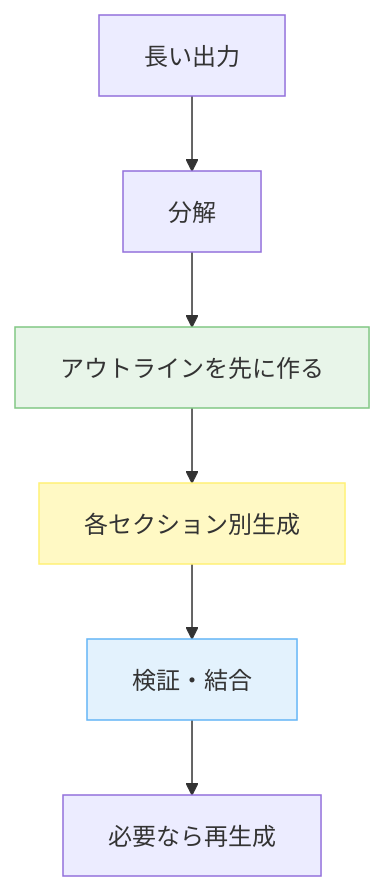
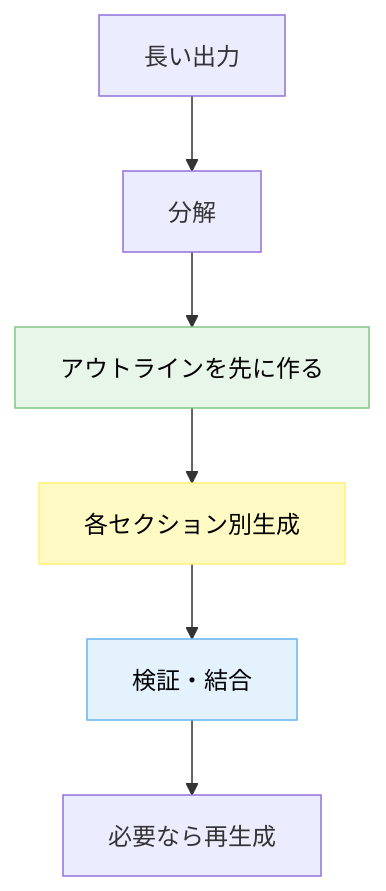
One commit to dinekt/dinekt-wiki changed the third of 3 diagrams in docs/patterns/長い出力を生成させるときの-5-つの失敗.md. Above: the diagram before and after it, drawn with Mermaid. The commit also changed other lines of this file and 71 other files, not shown here.

First line of the commit message:
fix: mermaid readability + remove GitHub repo toolbar

````diff
--- a/docs/patterns/長い出力を生成させるときの-5-つの失敗.md
+++ b/docs/patterns/長い出力を生成させるときの-5-つの失敗.md
@@ -102,12 +102,12 @@
 ```mermaid
 flowchart TD
     L[長い出力] --> D[分解]
     D --> O[アウトラインを先に作る]
     O --> S[各セクション別生成]
     S --> C[検証・結合]
     C --> R[必要なら再生成]
 
-    style O fill:#e8f5e9,stroke:#81c784
-    style S fill:#fff9c4,stroke:#fff176
-    style C fill:#e3f2fd,stroke:#64b5f6
+    style O fill:#e8f5e9,stroke:#81c784,color:#000
+    style S fill:#fff9c4,stroke:#fff176,color:#000
+    style C fill:#e3f2fd,stroke:#64b5f6,color:#000
 ```
````
